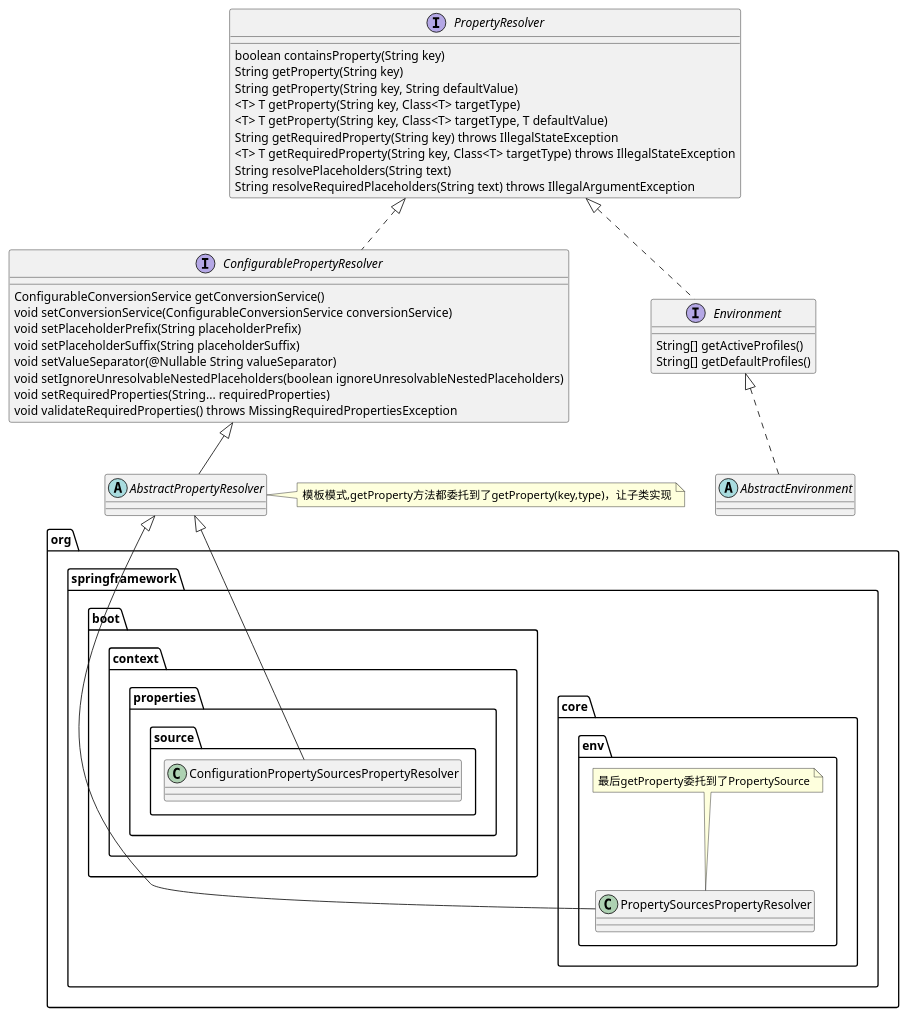
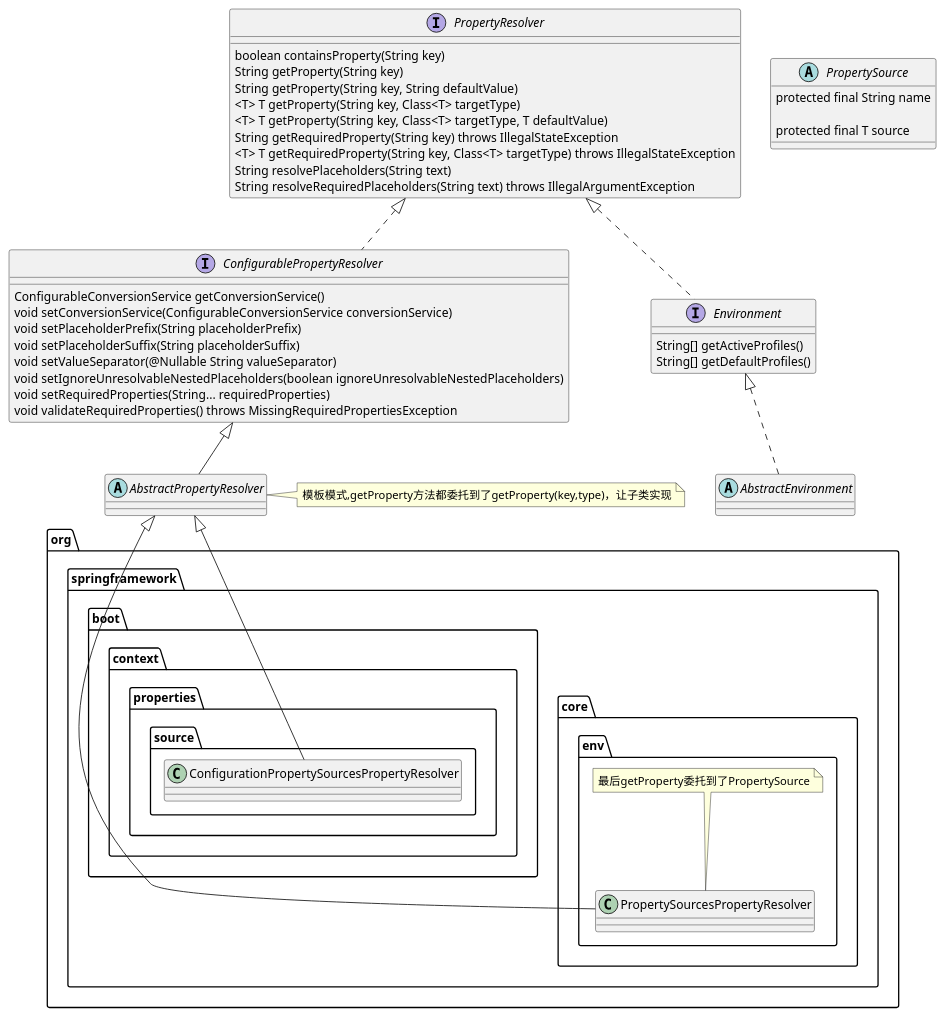
One commit to qpzm7903/ARTS changed the diagram in uml/spring-property-resolver.puml. Above: the diagram before and after it, drawn with PlantUML. The commit also changed 34 other files, not shown here.

```diff
--- a/uml/spring-property-resolver.puml
+++ b/uml/spring-property-resolver.puml
@@ -1,58 +1,64 @@
 @startuml
 'https://plantuml.com/class-diagram
 
 interface PropertyResolver{
 boolean containsProperty(String key)
 String getProperty(String key)
 String getProperty(String key, String defaultValue)
 <T> T getProperty(String key, Class<T> targetType)
 <T> T getProperty(String key, Class<T> targetType, T defaultValue)
 String getRequiredProperty(String key) throws IllegalStateException
 <T> T getRequiredProperty(String key, Class<T> targetType) throws IllegalStateException
 String resolvePlaceholders(String text)
 String resolveRequiredPlaceholders(String text) throws IllegalArgumentException
 
 }
 PropertyResolver <|.. ConfigurablePropertyResolver
 interface ConfigurablePropertyResolver{
 ConfigurableConversionService getConversionService()
 void setConversionService(ConfigurableConversionService conversionService)
 void setPlaceholderPrefix(String placeholderPrefix)
 void setPlaceholderSuffix(String placeholderSuffix)
 void setValueSeparator(@Nullable String valueSeparator)
 void setIgnoreUnresolvableNestedPlaceholders(boolean ignoreUnresolvableNestedPlaceholders)
 void setRequiredProperties(String... requiredProperties)
 void validateRequiredProperties() throws MissingRequiredPropertiesException
 
 }
 ConfigurablePropertyResolver <|-- AbstractPropertyResolver
 abstract class AbstractPropertyResolver{
 
 }
 
 PropertyResolver <|.. Environment
 interface Environment{
 String[] getActiveProfiles()
 String[] getDefaultProfiles()
 
 }
 
 Environment <|.. AbstractEnvironment
 abstract class AbstractEnvironment{
 }
 note right of AbstractPropertyResolver: 模板模式,getProperty方法都委托到了getProperty(key,type)，让子类实现
 
 
 package  org.springframework.core.env {
 AbstractPropertyResolver <|-- PropertySourcesPropertyResolver
     class PropertySourcesPropertyResolver{
     }
     note top of PropertySourcesPropertyResolver: 最后getProperty委托到了PropertySource
 }
 
 package org.springframework.boot.context.properties.source{
     AbstractPropertyResolver <|-- ConfigurationPropertySourcesPropertyResolver
     class ConfigurationPropertySourcesPropertyResolver{
     }
 }
+
+abstract class PropertySource{
+	protected final String name
+
+	protected final T source
+}
 @enduml
```
